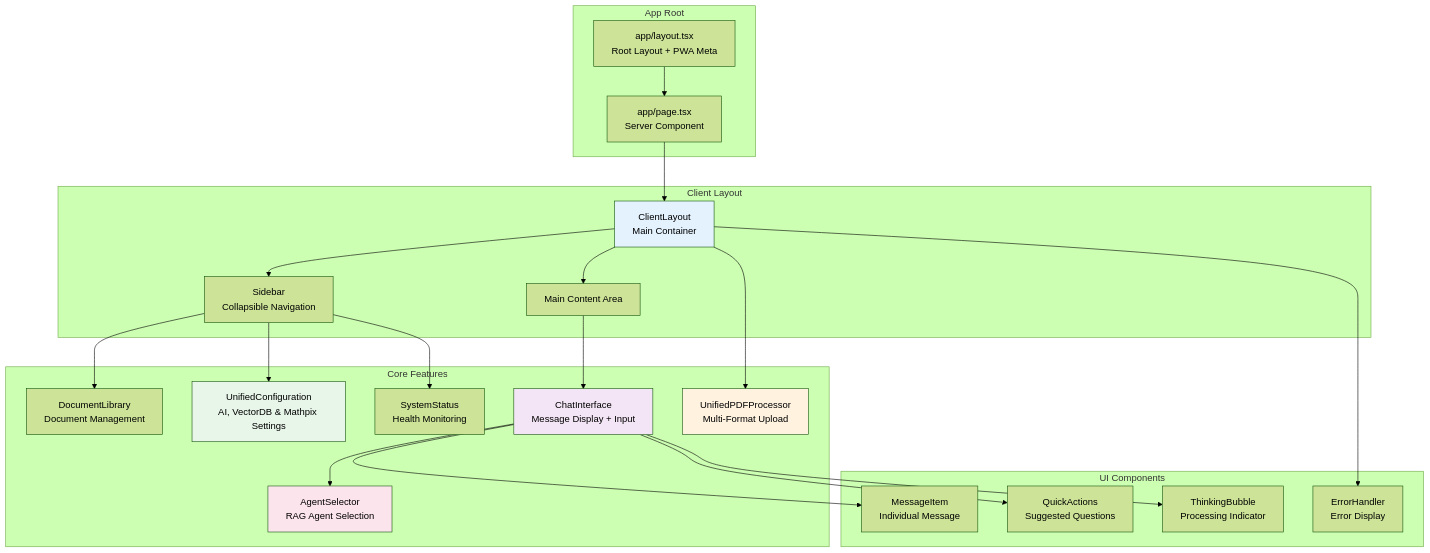
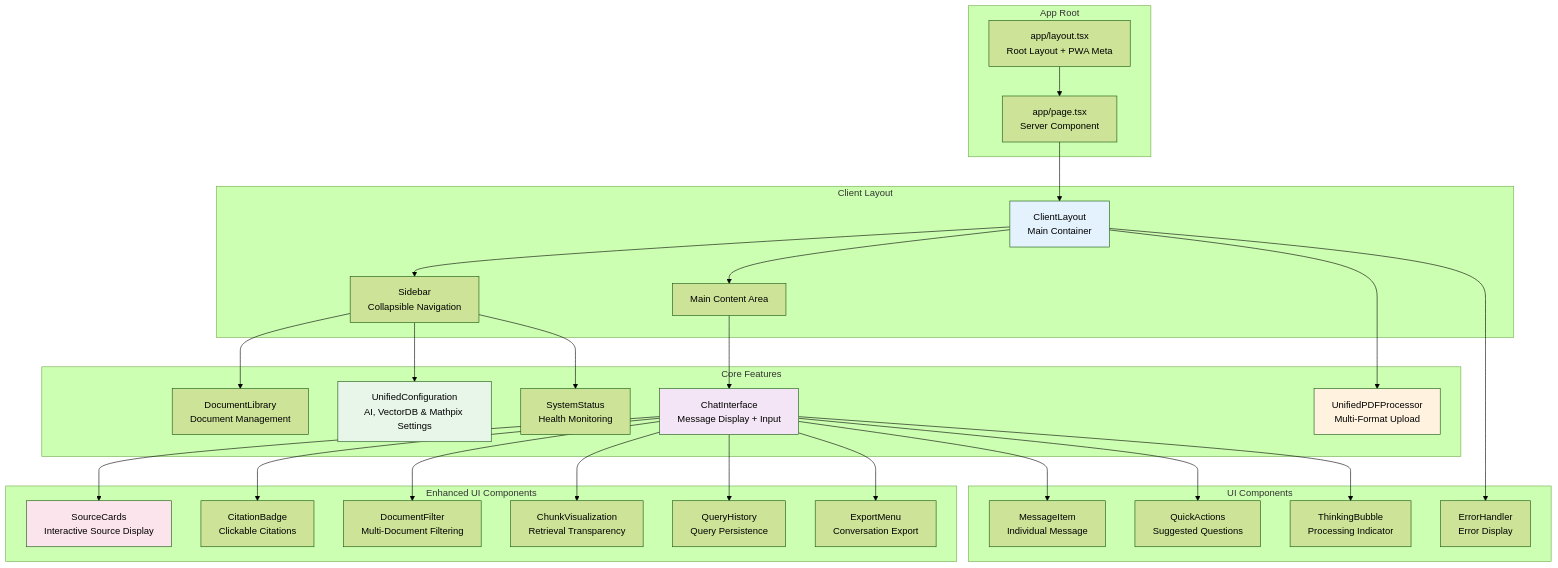
Diagram 12 of 14 in docs/ARCHITECTURE_FLOWS.md (Kedhareswer/QuantumPDF_ChatApp_VectorDB), drawn with Mermaid (forest theme) before and after one commit. The commit also changed other lines of this file and 25 other files, not shown here.

````diff
--- a/docs/ARCHITECTURE_FLOWS.md
+++ b/docs/ARCHITECTURE_FLOWS.md
@@ -760,53 +654,66 @@
 ```mermaid
 graph TB
     subgraph "App Root"
         LAYOUT[app/layout.tsx<br/>Root Layout + PWA Meta]
         PAGE[app/page.tsx<br/>Server Component]
     end
 
     subgraph "Client Layout"
         CLIENT[ClientLayout<br/>Main Container]
         SIDEBAR[Sidebar<br/>Collapsible Navigation]
         MAIN[Main Content Area]
     end
 
     subgraph "Core Features"
         CHAT[ChatInterface<br/>Message Display + Input]
-        AGENT_SEL[AgentSelector<br/>RAG Agent Selection]
         DOCS[DocumentLibrary<br/>Document Management]
         UPLOAD[UnifiedPDFProcessor<br/>Multi-Format Upload]
         CONFIG[UnifiedConfiguration<br/>AI, VectorDB & Mathpix Settings]
         STATUS[SystemStatus<br/>Health Monitoring]
+    end
+
+    subgraph "Enhanced UI Components"
+        SOURCE_CARDS[SourceCards<br/>Interactive Source Display]
+        CITATIONS[CitationBadge<br/>Clickable Citations]
+        FILTER[DocumentFilter<br/>Multi-Document Filtering]
+        CHUNKS[ChunkVisualization<br/>Retrieval Transparency]
+        HISTORY[QueryHistory<br/>Query Persistence]
+        EXPORT[ExportMenu<br/>Conversation Export]
     end
 
     subgraph "UI Components"
         MSG[MessageItem<br/>Individual Message]
         QUICK[QuickActions<br/>Suggested Questions]
         THINKING[ThinkingBubble<br/>Processing Indicator]
         ERRORS[ErrorHandler<br/>Error Display]
     end
 
     LAYOUT --> PAGE
     PAGE --> CLIENT
     CLIENT --> SIDEBAR
     CLIENT --> MAIN
 
     SIDEBAR --> DOCS
     SIDEBAR --> CONFIG
     SIDEBAR --> STATUS
 
     MAIN --> CHAT
-    CHAT --> AGENT_SEL
+    CHAT --> SOURCE_CARDS
+    CHAT --> CITATIONS
+    CHAT --> FILTER
+    CHAT --> CHUNKS
+    CHAT --> HISTORY
+    CHAT --> EXPORT
     CHAT --> MSG
     CHAT --> QUICK
     CHAT --> THINKING
 
     CLIENT --> UPLOAD
     CLIENT --> ERRORS
 
     style CLIENT fill:#e3f2fd
     style CHAT fill:#f3e5f5
     style UPLOAD fill:#fff3e0
-    style AGENT_SEL fill:#fce4ec
+    style SOURCE_CARDS fill:#fce4ec
     style CONFIG fill:#e8f5e9
 ```
````
